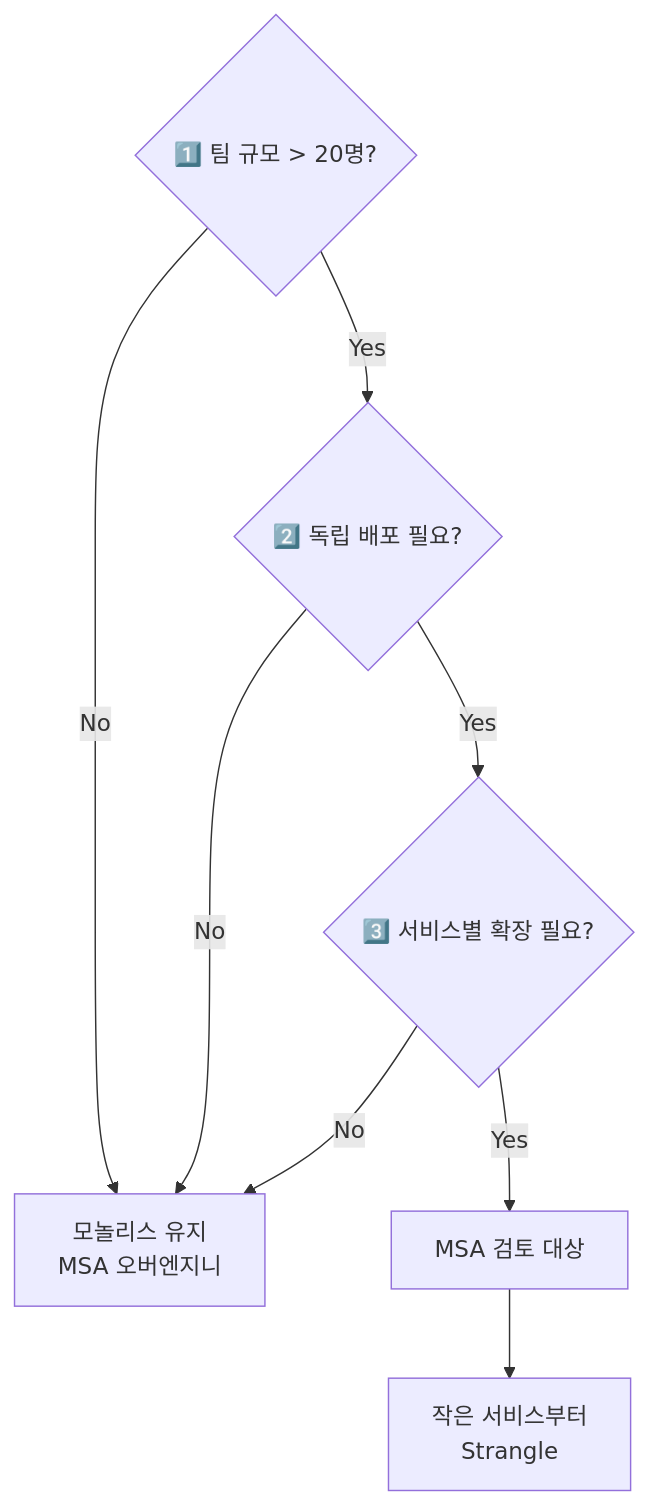
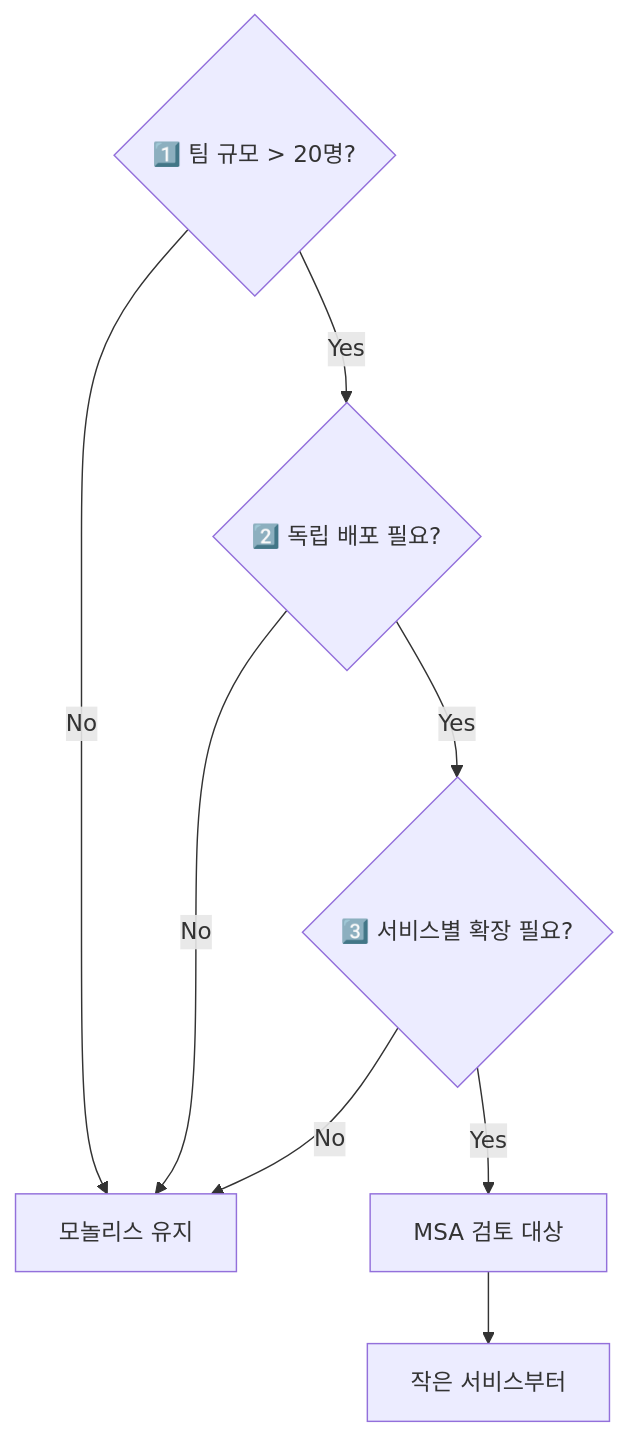
One commit to yjkim2015/yjkim2015.github.io changed diagram 15 of 15 in _posts/architecture/2026-05-02-msa-deep.md. Above: the diagram before and after it, drawn with Mermaid. The commit also changed other lines of this file and 217 other files, not shown here.

First line of the commit message:
Mermaid 크기 수정: useMaxWidth:true + SVG max-width:100% + 라벨 축소

````diff
--- a/_posts/architecture/2026-05-02-msa-deep.md
+++ b/_posts/architecture/2026-05-02-msa-deep.md
@@ -486,11 +486,11 @@
 ```mermaid
 graph TD
     Q1{"1️⃣ 팀 규모 > 20명?"}
-    Q1 -->|No| Mono["모놀리스 유지\nMSA 오버엔지니"]
+    Q1 -->|No| Mono["모놀리스 유지"]
     Q1 -->|Yes| Q2{"2️⃣ 독립 배포 필요?"}
     Q2 -->|No| Mono
     Q2 -->|Yes| Q3{"3️⃣ 서비스별 확장 필요?"}
     Q3 -->|No| Mono
     Q3 -->|Yes| MSA_Candidate["MSA 검토 대상"]
-    MSA_Candidate --> Start["작은 서비스부터\nStrangle"]
+    MSA_Candidate --> Start["작은 서비스부터"]
 ```
````
